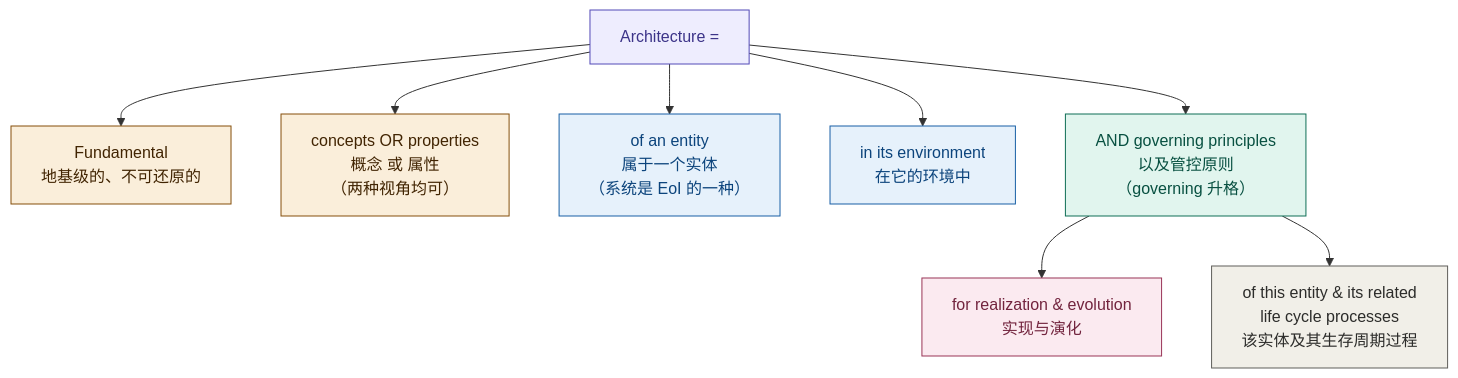
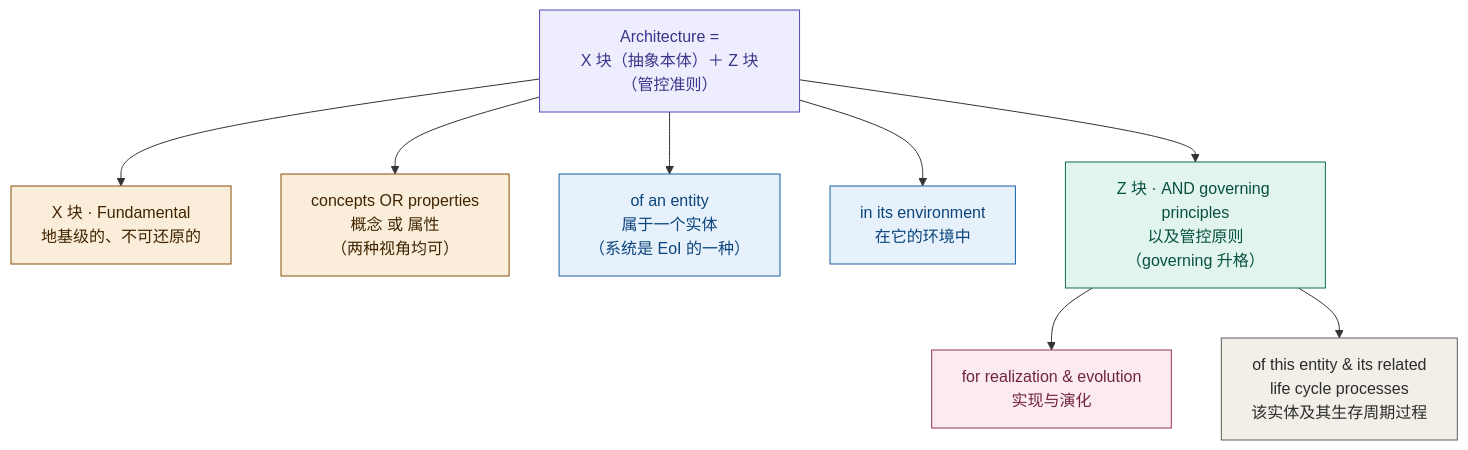
Diagram 14 of 24 in 100-subprojects/01-系统工程研究/00-系统工程相关研究报告/07-架构概念研究报告-从概念设计到架构.md (Yongjunzhou/AOS-system-design), drawn with Mermaid before and after one commit. The commit also changed other lines of this file and 20 other files, not shown here.

````diff
--- a/100-subprojects/01-系统工程研究/00-系统工程相关研究报告/07-架构概念研究报告-从概念设计到架构.md
+++ b/100-subprojects/01-系统工程研究/00-系统工程相关研究报告/07-架构概念研究报告-从概念设计到架构.md
@@ -525,19 +593,19 @@
 ```mermaid
 flowchart TD
-    A["Architecture ="]
-    A --> B["Fundamental<br/>地基级的、不可还原的"]
+    A["Architecture =<br/>X 块（抽象本体）＋ Z 块（管控准则）"]
+    A --> B["X 块 · Fundamental<br/>地基级的、不可还原的"]
     A --> C["concepts OR properties<br/>概念 或 属性<br/>（两种视角均可）"]
     A --> D["of an entity<br/>属于一个实体<br/>（系统是 EoI 的一种）"]
     A --> E["in its environment<br/>在它的环境中"]
-    A --> F["AND governing principles<br/>以及管控原则<br/>（governing 升格）"]
+    A --> F["Z 块 · AND governing principles<br/>以及管控原则<br/>（governing 升格）"]
     F --> G["for realization & evolution<br/>实现与演化"]
     F --> H["of this entity & its related<br/>life cycle processes<br/>该实体及其生存周期过程"]
     style A fill:#EEEDFE,stroke:#534AB7,color:#3C3489
     style B fill:#FAEEDA,stroke:#854F0B,color:#412402
     style C fill:#FAEEDA,stroke:#854F0B,color:#412402
     style D fill:#E6F1FB,stroke:#185FA5,color:#0C447C
     style E fill:#E6F1FB,stroke:#185FA5,color:#0C447C
     style F fill:#E1F5EE,stroke:#0F6E56,color:#085041
     style G fill:#FBEAF0,stroke:#993556,color:#72243E
     style H fill:#F1EFE8,stroke:#5F5E5A,color:#2C2C2A
 ```
````
